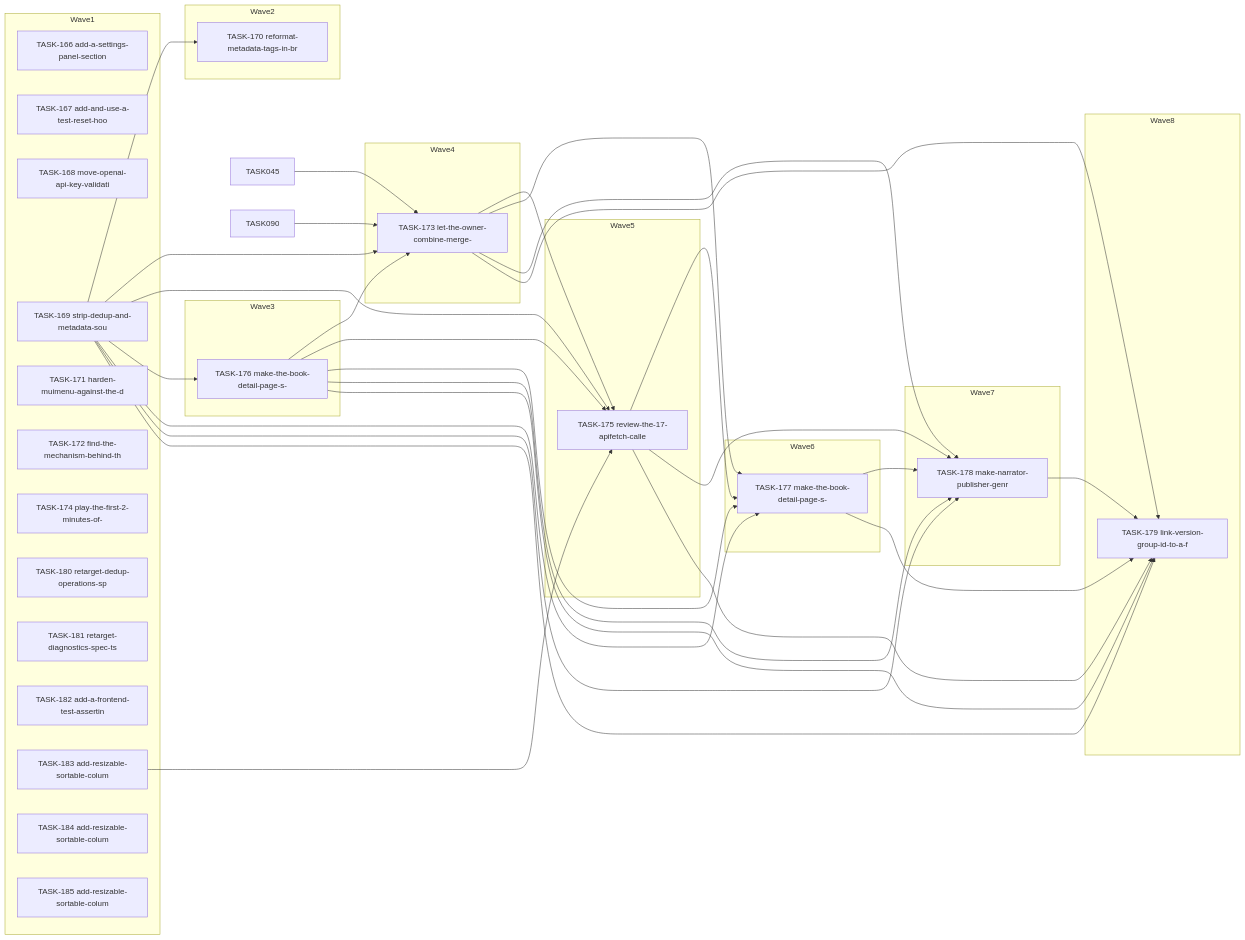
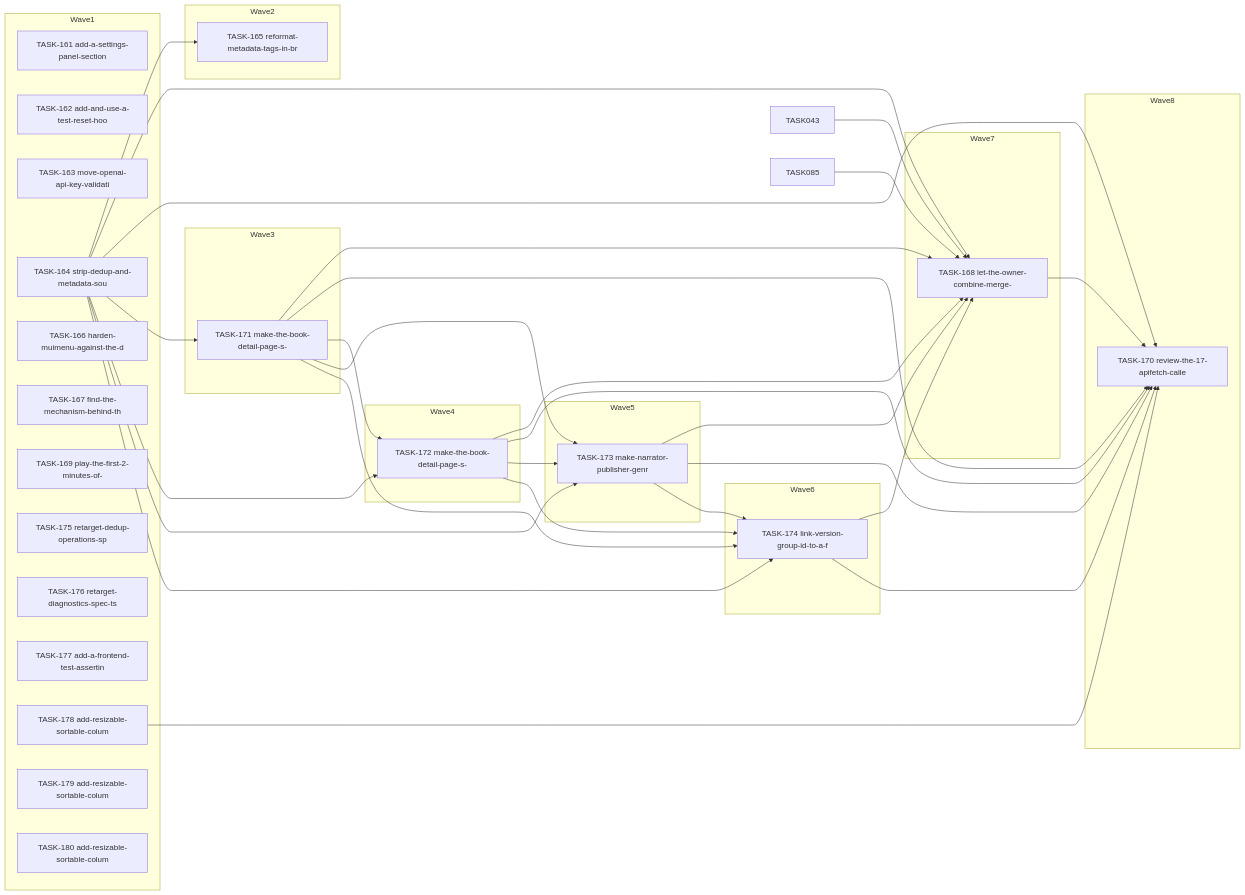
Before and after one commit to falkcorp/audiobook-organizer: the diagram in docs/agent-tasks/todo-completion/web/orchestration.md, drawn with Mermaid. The commit also changed other lines of this file and 428 other files, not shown here.

````diff
--- a/docs/agent-tasks/todo-completion/web/orchestration.md
+++ b/docs/agent-tasks/todo-completion/web/orchestration.md
@@ -12,64 +12,64 @@
 ```mermaid
 flowchart LR
     subgraph Wave1
-      TASK166[TASK-166 add-a-settings-panel-section]
-      TASK167[TASK-167 add-and-use-a-test-reset-hoo]
-      TASK168[TASK-168 move-openai-api-key-validati]
-      TASK169[TASK-169 strip-dedup-and-metadata-sou]
-      TASK171[TASK-171 harden-muimenu-against-the-d]
-      TASK172[TASK-172 find-the-mechanism-behind-th]
-      TASK174[TASK-174 play-the-first-2-minutes-of-]
-      TASK180[TASK-180 retarget-dedup-operations-sp]
-      TASK181[TASK-181 retarget-diagnostics-spec-ts]
-      TASK182[TASK-182 add-a-frontend-test-assertin]
-      TASK183[TASK-183 add-resizable-sortable-colum]
-      TASK184[TASK-184 add-resizable-sortable-colum]
-      TASK185[TASK-185 add-resizable-sortable-colum]
+      TASK161[TASK-161 add-a-settings-panel-section]
+      TASK162[TASK-162 add-and-use-a-test-reset-hoo]
+      TASK163[TASK-163 move-openai-api-key-validati]
+      TASK164[TASK-164 strip-dedup-and-metadata-sou]
+      TASK166[TASK-166 harden-muimenu-against-the-d]
+      TASK167[TASK-167 find-the-mechanism-behind-th]
+      TASK169[TASK-169 play-the-first-2-minutes-of-]
+      TASK175[TASK-175 retarget-dedup-operations-sp]
+      TASK176[TASK-176 retarget-diagnostics-spec-ts]
+      TASK177[TASK-177 add-a-frontend-test-assertin]
+      TASK178[TASK-178 add-resizable-sortable-colum]
+      TASK179[TASK-179 add-resizable-sortable-colum]
+      TASK180[TASK-180 add-resizable-sortable-colum]
     end
     subgraph Wave2
-      TASK170[TASK-170 reformat-metadata-tags-in-br]
+      TASK165[TASK-165 reformat-metadata-tags-in-br]
     end
     subgraph Wave3
-      TASK176[TASK-176 make-the-book-detail-page-s-]
+      TASK171[TASK-171 make-the-book-detail-page-s-]
     end
     subgraph Wave4
-      TASK173[TASK-173 let-the-owner-combine-merge-]
+      TASK172[TASK-172 make-the-book-detail-page-s-]
     end
     subgraph Wave5
-      TASK175[TASK-175 review-the-17-apifetch-calle]
+      TASK173[TASK-173 make-narrator-publisher-genr]
     end
     subgraph Wave6
-      TASK177[TASK-177 make-the-book-detail-page-s-]
+      TASK174[TASK-174 link-version-group-id-to-a-f]
     end
     subgraph Wave7
-      TASK178[TASK-178 make-narrator-publisher-genr]
+      TASK168[TASK-168 let-the-owner-combine-merge-]
     end
     subgraph Wave8
-      TASK179[TASK-179 link-version-group-id-to-a-f]
+      TASK170[TASK-170 review-the-17-apifetch-calle]
     end
-    TASK045 --> TASK173
-    TASK090 --> TASK173
-    TASK169 --> TASK170
-    TASK169 --> TASK173
-    TASK169 --> TASK175
-    TASK169 --> TASK176
-    TASK169 --> TASK177
-    TASK169 --> TASK178
-    TASK169 --> TASK179
-    TASK173 --> TASK175
-    TASK173 --> TASK177
-    TASK173 --> TASK178
-    TASK173 --> TASK179
-    TASK175 --> TASK177
-    TASK175 --> TASK178
-    TASK175 --> TASK179
-    TASK176 --> TASK173
-    TASK176 --> TASK175
-    TASK176 --> TASK177
-    TASK176 --> TASK178
-    TASK176 --> TASK179
-    TASK177 --> TASK178
-    TASK177 --> TASK179
-    TASK178 --> TASK179
-    TASK183 --> TASK175
+    TASK043 --> TASK168
+    TASK085 --> TASK168
+    TASK164 --> TASK165
+    TASK164 --> TASK168
+    TASK164 --> TASK170
+    TASK164 --> TASK171
+    TASK164 --> TASK172
+    TASK164 --> TASK173
+    TASK164 --> TASK174
+    TASK168 --> TASK170
+    TASK171 --> TASK168
+    TASK171 --> TASK170
+    TASK171 --> TASK172
+    TASK171 --> TASK173
+    TASK171 --> TASK174
+    TASK172 --> TASK168
+    TASK172 --> TASK170
+    TASK172 --> TASK173
+    TASK172 --> TASK174
+    TASK173 --> TASK168
+    TASK173 --> TASK170
+    TASK173 --> TASK174
+    TASK174 --> TASK168
+    TASK174 --> TASK170
+    TASK178 --> TASK170
 ```
````
